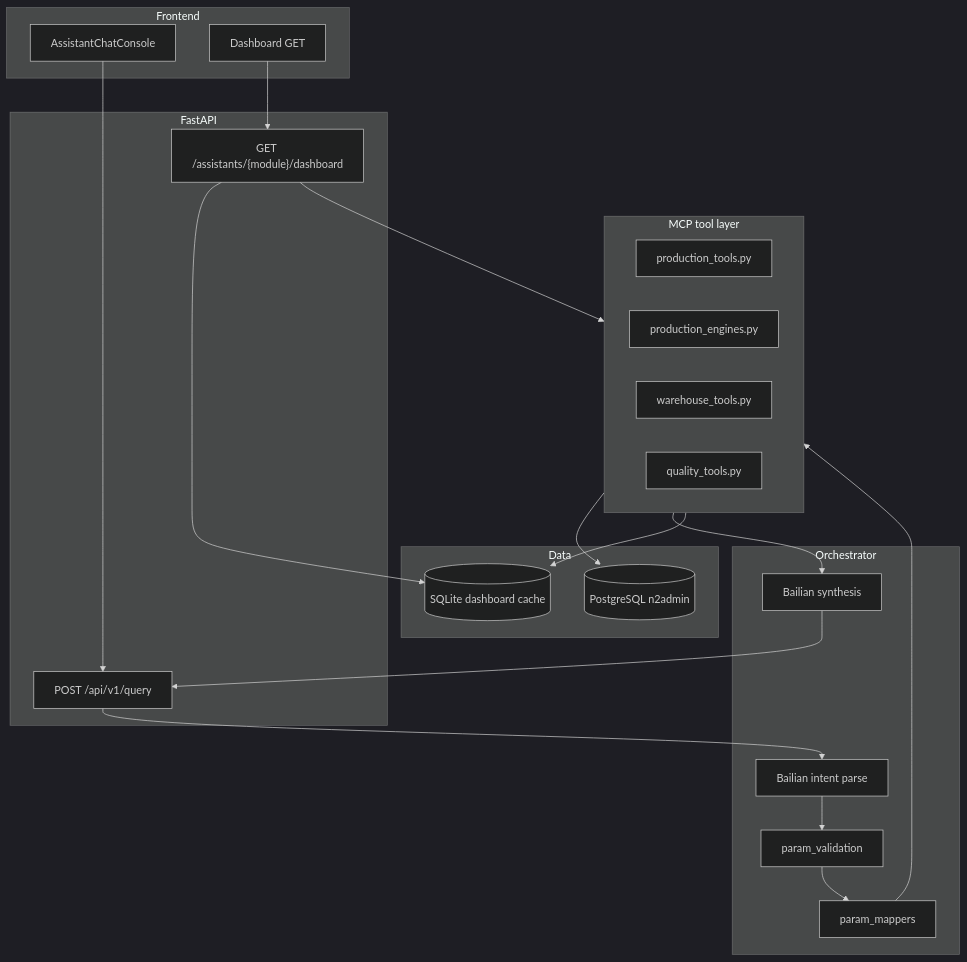
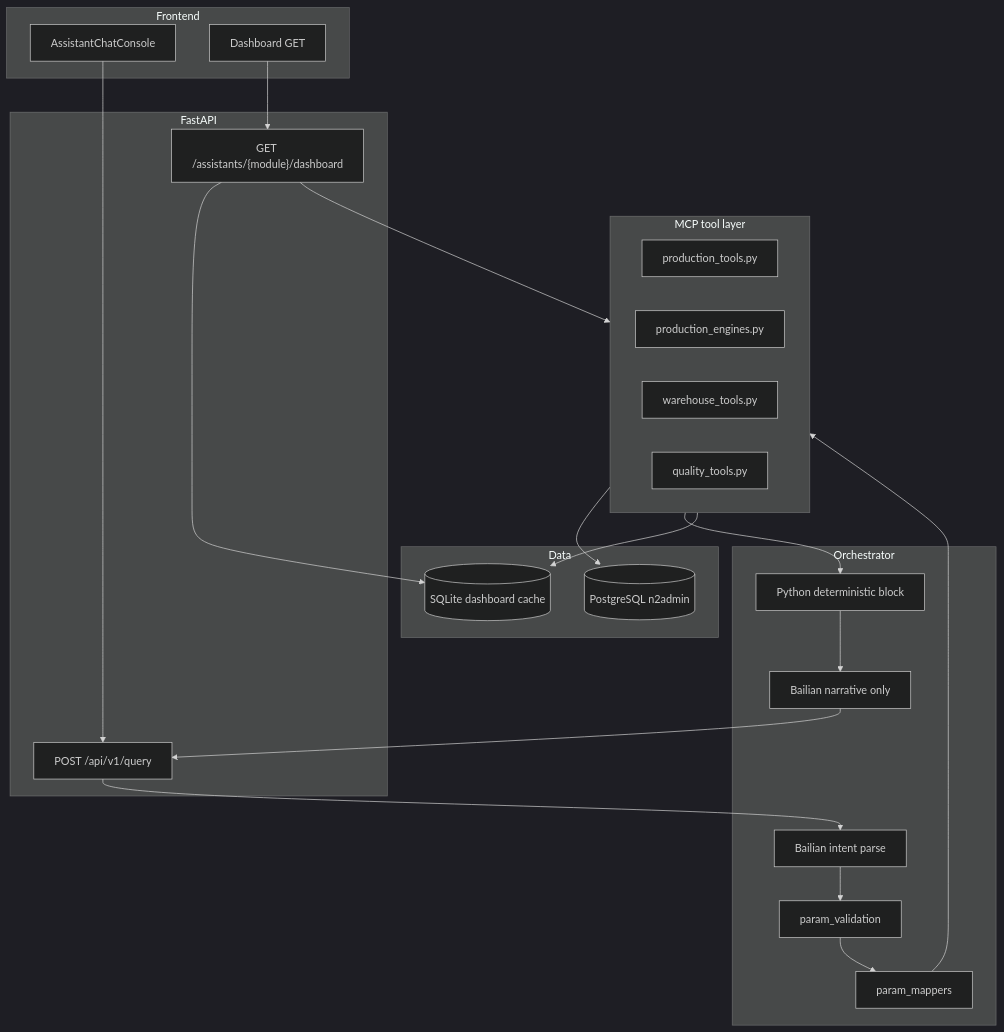
One commit to Neutron-Ltd/aimes changed the first of 2 diagrams in docs/all-mcp.md. Above: the diagram before and after it, drawn with Mermaid (dark theme). The commit also changed other lines of this file and 16 other files, not shown here.

First line of the commit message:
feat(reports): generate reports with a hybrid architecture

````diff
--- a/docs/all-mcp.md
+++ b/docs/all-mcp.md
@@ -20,40 +20,43 @@
 ```mermaid
 flowchart TB
   subgraph frontend [Frontend]
     Chat[AssistantChatConsole]
     Dash[Dashboard GET]
   end
 
   subgraph api [FastAPI]
     Query["POST /api/v1/query"]
     DashAPI["GET /assistants/{module}/dashboard"]
   end
 
   subgraph orchestrator [Orchestrator]
     Intent[Bailian intent parse]
     Valid[param_validation]
     Map[param_mappers]
-    Synth[Bailian synthesis]
+    DetBlock[Python deterministic block]
+    Synth[Bailian narrative only]
   end
 
   subgraph mcp [MCP tool layer]
     ProdTools[production_tools.py]
     ProdEng[production_engines.py]
     WhTools[warehouse_tools.py]
     QmTools[quality_tools.py]
   end
 
   subgraph data [Data]
     PG[(PostgreSQL n2admin)]
     SQLite[(SQLite dashboard cache)]
   end
 
   Chat --> Query
   Dash --> DashAPI
   Query --> Intent --> Valid --> Map --> mcp
   mcp --> PG
-  mcp --> Synth --> Query
+  mcp --> DetBlock
+  DetBlock --> Synth
+  Synth --> Query
   DashAPI --> SQLite
   DashAPI --> mcp
   mcp --> SQLite
 ```
````
